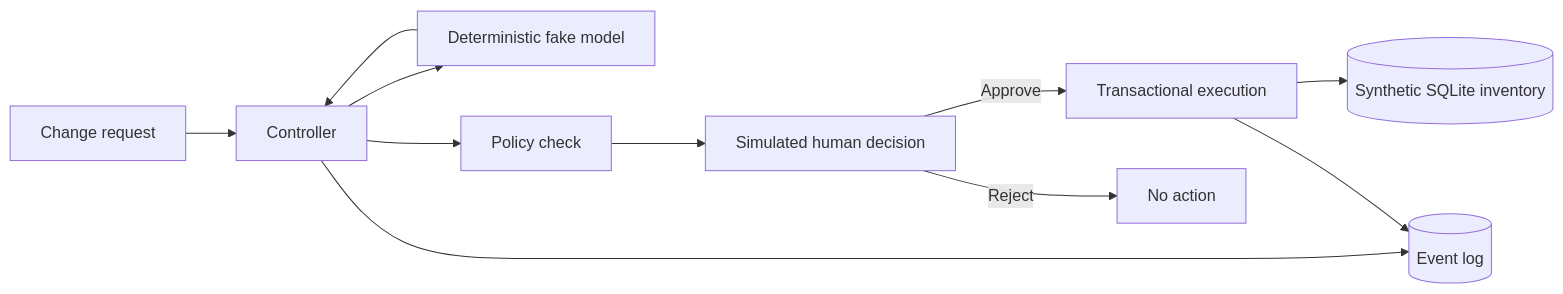
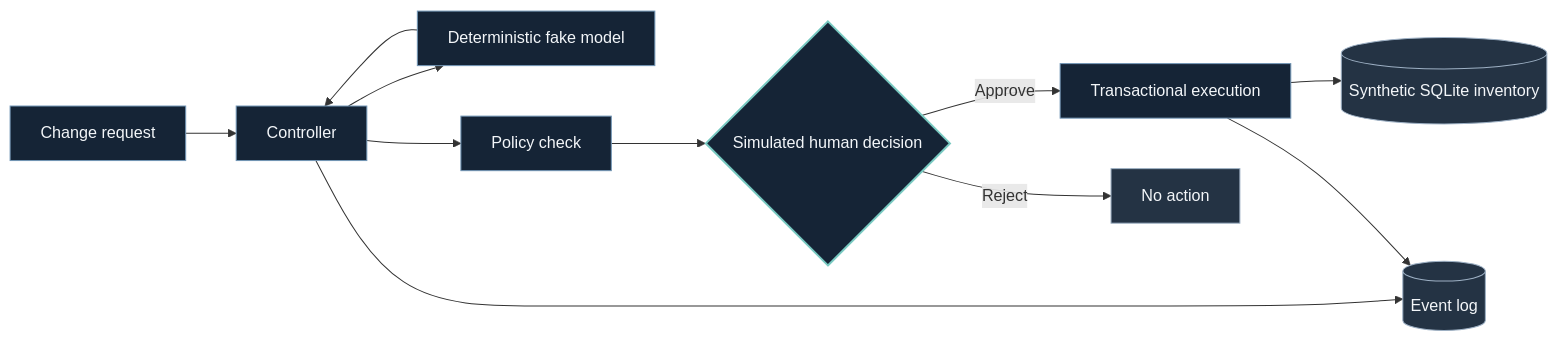
The diagram in README.md (kibnelbachyr/governed-agent-lab-public), drawn with Mermaid before and after one commit. The commit also changed other lines of this file, not shown here.

Commit message:
docs: align README and Mermaid visual system

````diff
--- a/README.md
+++ b/README.md
@@ -28,13 +30,19 @@
 ```mermaid
 flowchart LR
     R[Change request] --> C[Controller]
     C --> M[Deterministic fake model]
     M --> C
     C --> P[Policy check]
-    P --> H[Simulated human decision]
+    P --> H{Simulated human decision}
     H -->|Approve| X[Transactional execution]
     H -->|Reject| N[No action]
     X --> D[(Synthetic SQLite inventory)]
     C --> E[(Event log)]
     X --> E
+    classDef component fill:#152436,stroke:#7296b6,color:#f3f6f9;
+    classDef decision fill:#152436,stroke:#78c9c1,color:#f3f6f9,stroke-width:2px;
+    classDef endpoint fill:#243344,stroke:#9db0c4,color:#f3f6f9;
+    class R,C,M,P,X component;
+    class H decision;
+    class N,D,E endpoint;
 ```
````
